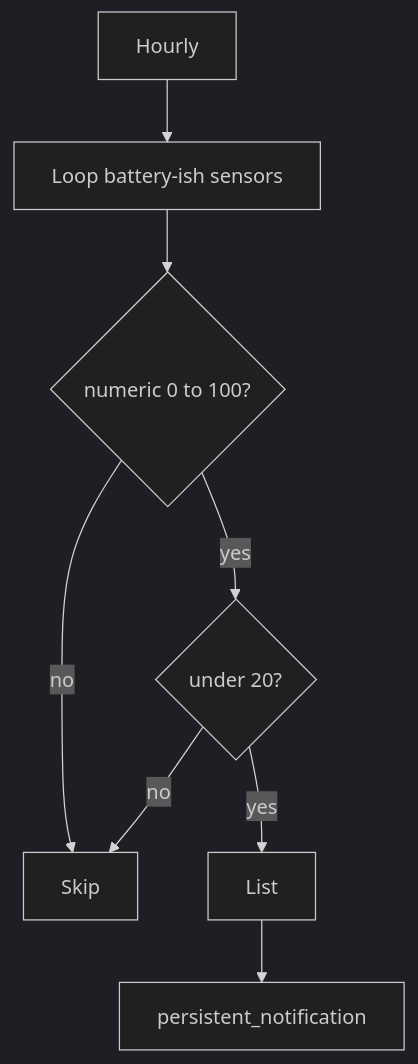
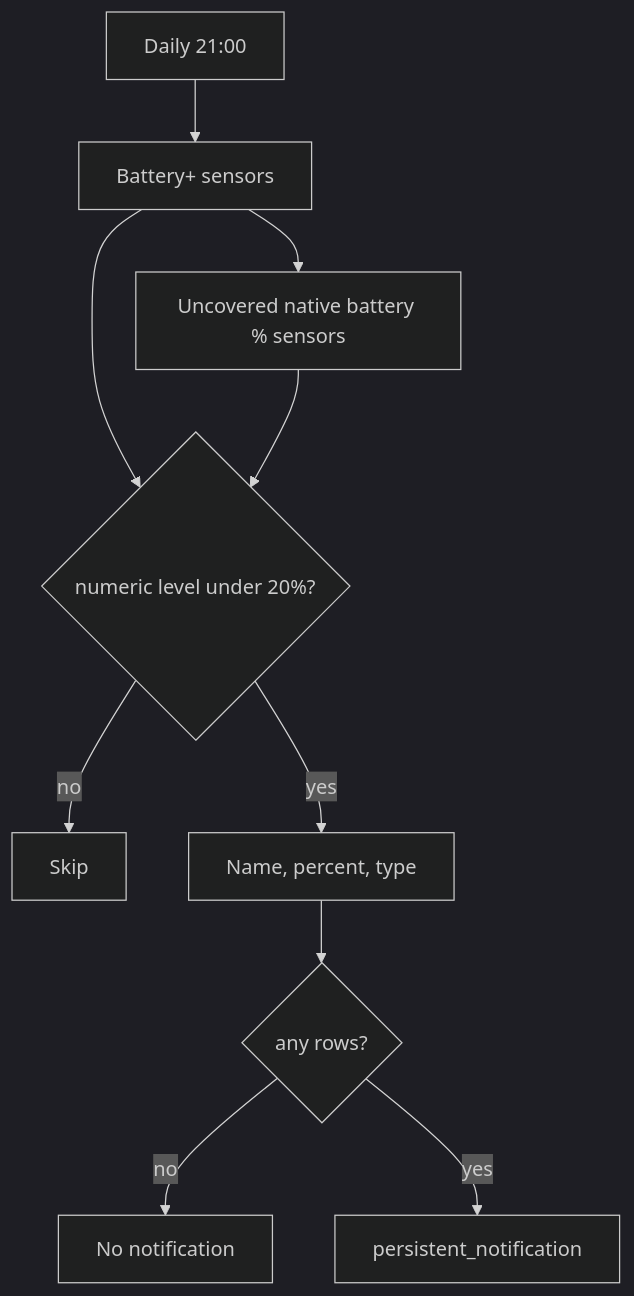
The diagram in repo-docs/automations-monitoring-alerts.md (maximunited/hass), drawn with Mermaid (dark theme) before and after one commit. The commit also changed other lines of this file and 3 other files, not shown here.

Commit message:
fix(battery): single daily Battery+ low-battery alert

````diff
--- a/repo-docs/automations-monitoring-alerts.md
+++ b/repo-docs/automations-monitoring-alerts.md
@@ -30,10 +32,12 @@
 ```mermaid
 flowchart TD
-  H[Hourly] --> L[Loop battery-ish sensors]
-  L --> N{numeric 0 to 100?}
-  N -->|no| SKIP[Skip]
-  N -->|yes| LOW{under 20?}
-  LOW -->|yes| ADD[List]
-  LOW -->|no| SKIP
-  ADD --> PN[persistent_notification]
+  T[Daily 21:00] --> P[Battery+ sensors]
+  P --> L{numeric level under 20%?}
+  L -->|no| SKIP[Skip]
+  L -->|yes| ADD[Name, percent, type]
+  P --> F[Uncovered native battery % sensors]
+  F --> L
+  ADD --> N{any rows?}
+  N -->|no| QUIET[No notification]
+  N -->|yes| PN[persistent_notification]
 ```
````
